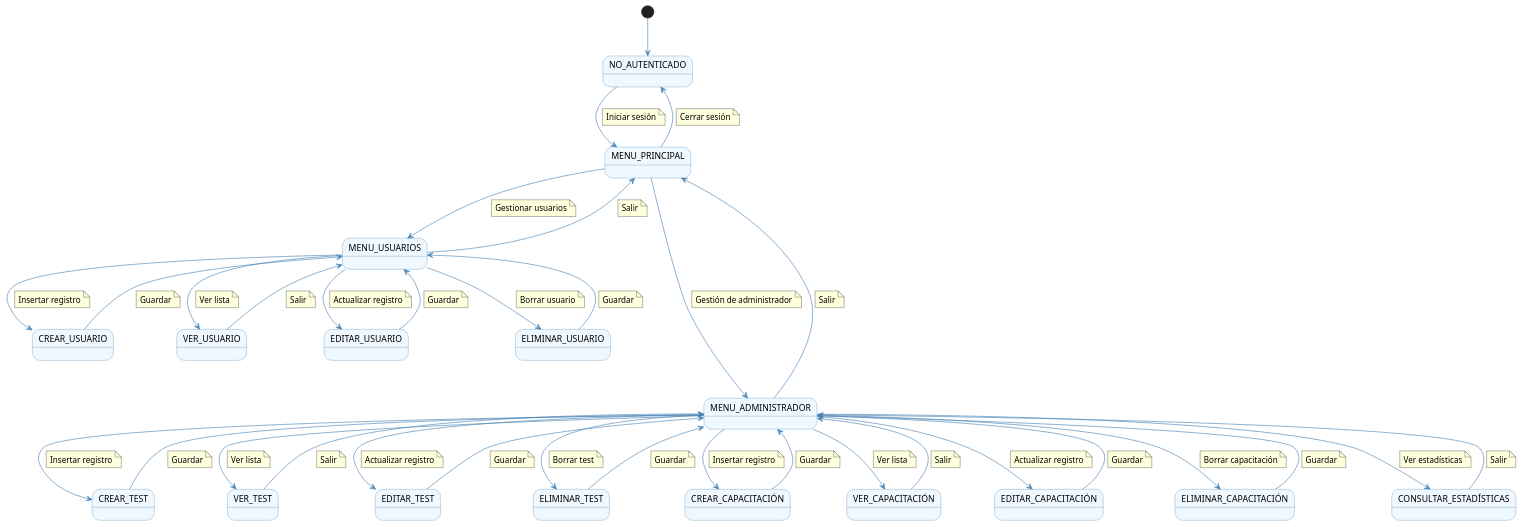
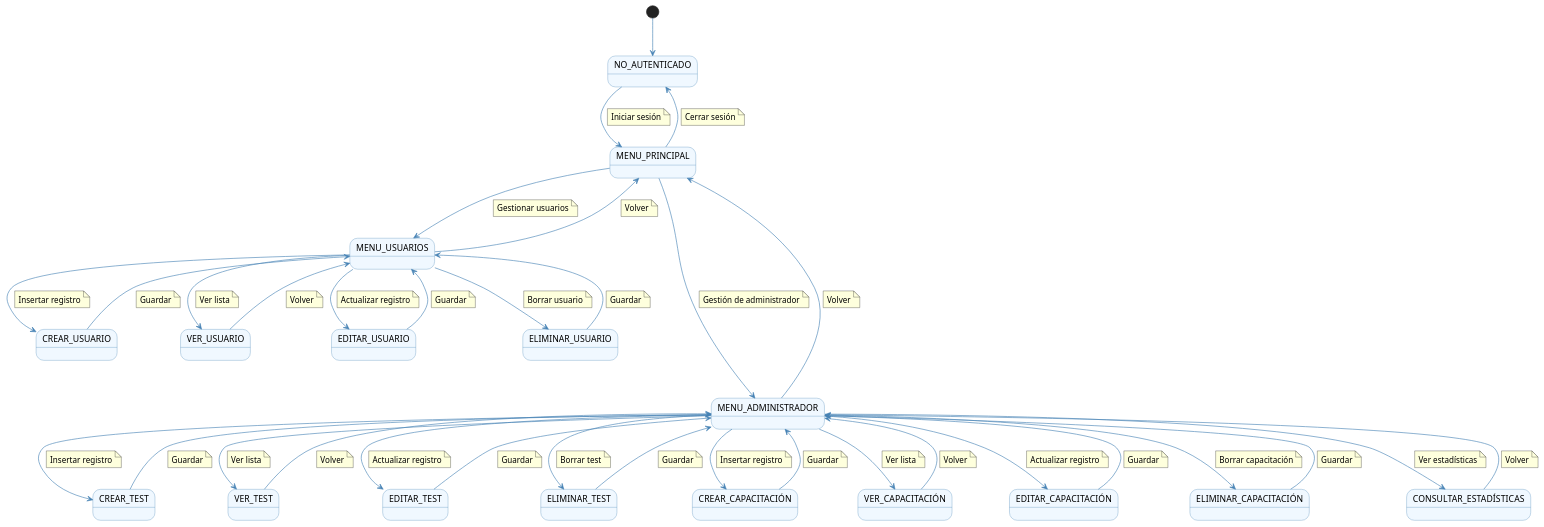
Before and after one commit to Dievex/24-25-IdSw1-SDR: the diagram in casos_de_uso/diagramas_de_contexto/diagrama_contexto_administrador.puml, drawn with PlantUML. The commit also changed 13 other files, not shown here.

Commit message:
fix(context-diagrams): replace "Salir" with "Volver" in all context diagrams

```diff
--- a/casos_de_uso/diagramas_de_contexto/diagrama_contexto_administrador.puml
+++ b/casos_de_uso/diagramas_de_contexto/diagrama_contexto_administrador.puml
@@ -1,195 +1,195 @@
 @startuml diagrama_contexto_administrador
 
 skinparam {
     StateFontSize 14
     StateFontColor black
     StateBackgroundColor #f0f8ff
     StateBorderColor #4682b4
     ArrowColor #4682b4
     ArrowFontColor #191970
     ArrowFontSize 12
 }
 
 state "NO_AUTENTICADO" as NoAuth
 state "MENU_PRINCIPAL" as Menu
 state "MENU_USUARIOS" as Menu_usuarios
 state "MENU_ADMINISTRADOR" as Menu_administrador
 state "CREAR_USUARIO" as Crear_usuario
 state "VER_USUARIO" as Ver_usuario
 state "EDITAR_USUARIO" as Editar_usuario
 state "ELIMINAR_USUARIO" as Eliminar_usuario
 state "CREAR_TEST" as Crear_test
 state "VER_TEST" as Ver_test
 state "EDITAR_TEST" as Editar_test
 state "ELIMINAR_TEST" as Eliminar_test
 state "CREAR_CAPACITACIÓN" as Crear_capacitación
 state "VER_CAPACITACIÓN" as Ver_capacitación
 state "EDITAR_CAPACITACIÓN" as Editar_capacitación
 state "ELIMINAR_CAPACITACIÓN" as Eliminar_capacitación
 state "CONSULTAR_ESTADÍSTICAS" as Consultar_estadísticas
 
 
 
 [*] --> NoAuth
 
 NoAuth --> Menu
     note on link
         Iniciar sesión
     end note
 
 Menu --> NoAuth
     note on link
         Cerrar sesión
     end note
 
 Menu --> Menu_usuarios
     note on link
         Gestionar usuarios
     end note
 
 Menu_usuarios --> Menu
     note on link
-        Salir
+        Volver
     end note
 
 Menu_usuarios --> Crear_usuario
     note on link
         Insertar registro
     end note
 
 Crear_usuario --> Menu_usuarios
     note on link
         Guardar
     end note
 
 Menu_usuarios --> Editar_usuario
     note on link
         Actualizar registro
     end note
 
 Editar_usuario --> Menu_usuarios
     note on link
         Guardar
     end note
 
 Menu_usuarios --> Ver_usuario
     note on link
         Ver lista
     end note
 
 Ver_usuario --> Menu_usuarios
     note on link
-        Salir
+        Volver
     end note
 
 Menu_usuarios --> Eliminar_usuario
     note on link
         Borrar usuario
     end note
 
 Eliminar_usuario --> Menu_usuarios
     note on link
         Guardar
     end note
 
 Menu ----> Menu_administrador
     note on link
         Gestión de administrador
     end note
 
 Menu_administrador ----> Menu
     note on link
-        Salir
+        Volver
     end note
 
 Menu_administrador --> Crear_test
     note on link
         Insertar registro
     end note
 
 Crear_test --> Menu_administrador
     note on link
         Guardar
     end note
 
 Menu_administrador --> Editar_test
     note on link
         Actualizar registro
     end note
 
 Editar_test --> Menu_administrador
     note on link
         Guardar
     end note
 
 Menu_administrador --> Ver_test
     note on link
         Ver lista
     end note
 
 Ver_test --> Menu_administrador
     note on link
-        Salir
+        Volver
     end note
 
 Menu_administrador --> Eliminar_test
     note on link
         Borrar test
     end note
 
 Eliminar_test --> Menu_administrador
     note on link
         Guardar
     end note
 
 Menu_administrador --> Crear_capacitación
     note on link
         Insertar registro
     end note
 
 Crear_capacitación --> Menu_administrador
     note on link
         Guardar
     end note
 
 Menu_administrador --> Editar_capacitación
     note on link
         Actualizar registro
     end note
 
 Editar_capacitación --> Menu_administrador
     note on link
         Guardar
     end note
 
 Menu_administrador --> Ver_capacitación
     note on link
         Ver lista
     end note
 
 Ver_capacitación --> Menu_administrador
     note on link
-        Salir
+        Volver
     end note
 
 Menu_administrador --> Eliminar_capacitación
     note on link
         Borrar capacitación
     end note
 
 Eliminar_capacitación --> Menu_administrador
     note on link
         Guardar
     end note
 
 Menu_administrador --> Consultar_estadísticas
     note on link
         Ver estadísticas
     end note
 
 Consultar_estadísticas --> Menu_administrador
     note on link
-        Salir
+        Volver
     end note
 
 @enduml
```
